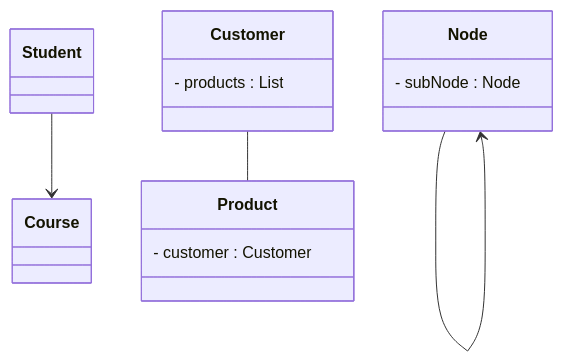
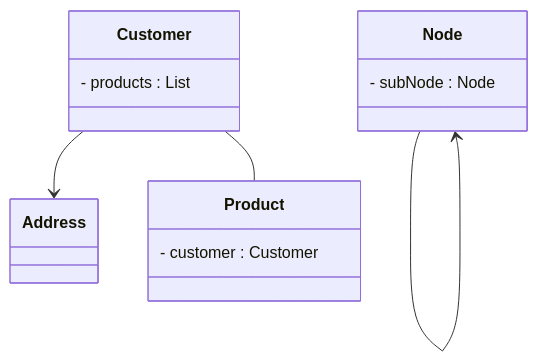
The second of 7 diagrams in Programming/DesignPattern.md (ZhouYuan123/PersonalNoteTaking), drawn with Mermaid before and after one commit. The commit also changed other lines of this file and 5 other files, not shown here.

````diff
--- a/Programming/DesignPattern.md
+++ b/Programming/DesignPattern.md
@@ -41,15 +48,15 @@
 ```mermaid
 classDiagram
-Student --> Course
+Customer --> Address
 Customer -- Product
 Node --> Node
 class Customer{
 	- products : List<Product>
 }
 class Product{
 - customer : Customer
 }
 class Node{
 - subNode : Node
 }
 ```
````
